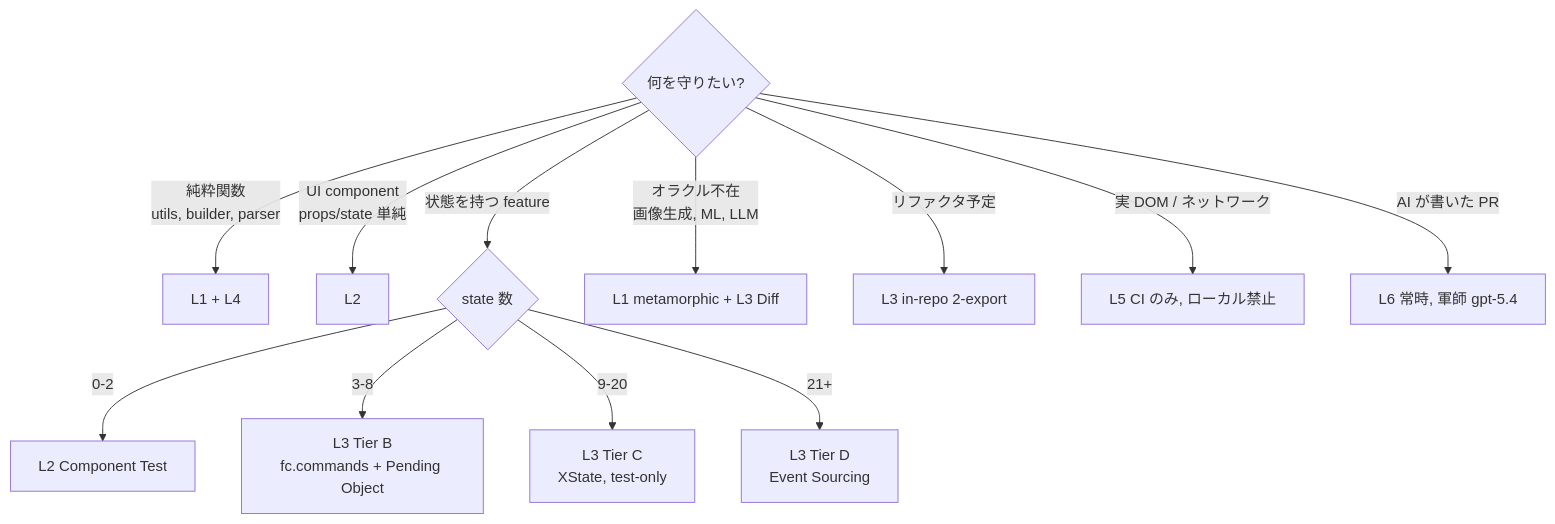
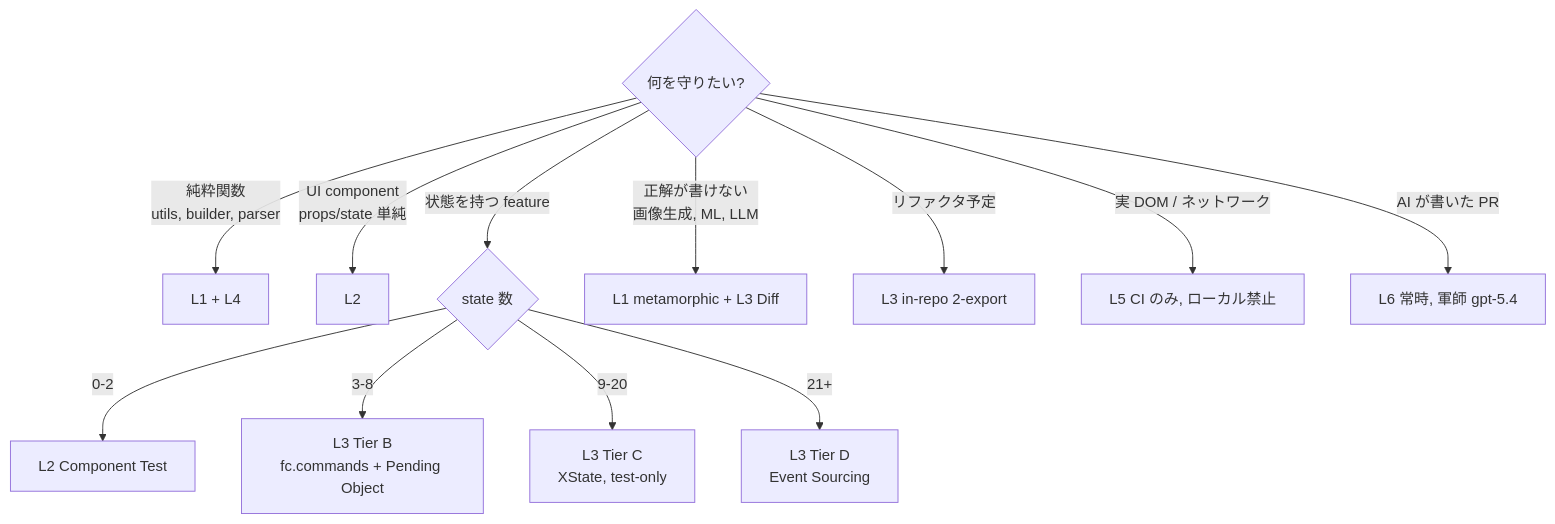
Before and after one commit to NAM-MAN/takumi: the third of 3 diagrams in skills/takumi/verify/README.md, drawn with Mermaid. The commit also changed other lines of this file and 7 other files, not shown here.

First line of the commit message:
docs: probe の mermaid 描画エラー修正と「オラクル」表現の平易化

````diff
--- a/skills/takumi/verify/README.md
+++ b/skills/takumi/verify/README.md
@@ -228,15 +229,15 @@
 ```mermaid
 flowchart TD
     Q{何を守りたい?}
     Q -->|純粋関数<br/>utils, builder, parser| S1[L1 + L4]
     Q -->|UI component<br/>props/state 単純| S2[L2]
     Q -->|状態を持つ feature| S3{state 数}
     S3 -->|0-2| S3a[L2 Component Test]
     S3 -->|3-8| S3b[L3 Tier B<br/>fc.commands + Pending Object]
     S3 -->|9-20| S3c[L3 Tier C<br/>XState, test-only]
     S3 -->|21+| S3d[L3 Tier D<br/>Event Sourcing]
-    Q -->|オラクル不在<br/>画像生成, ML, LLM| S4[L1 metamorphic + L3 Diff]
+    Q -->|正解が書けない<br/>画像生成, ML, LLM| S4[L1 metamorphic + L3 Diff]
     Q -->|リファクタ予定| S5[L3 in-repo 2-export]
     Q -->|実 DOM / ネットワーク| S6[L5 CI のみ, ローカル禁止]
     Q -->|AI が書いた PR| S7[L6 常時, 軍師 gpt-5.4]
 ```
````
